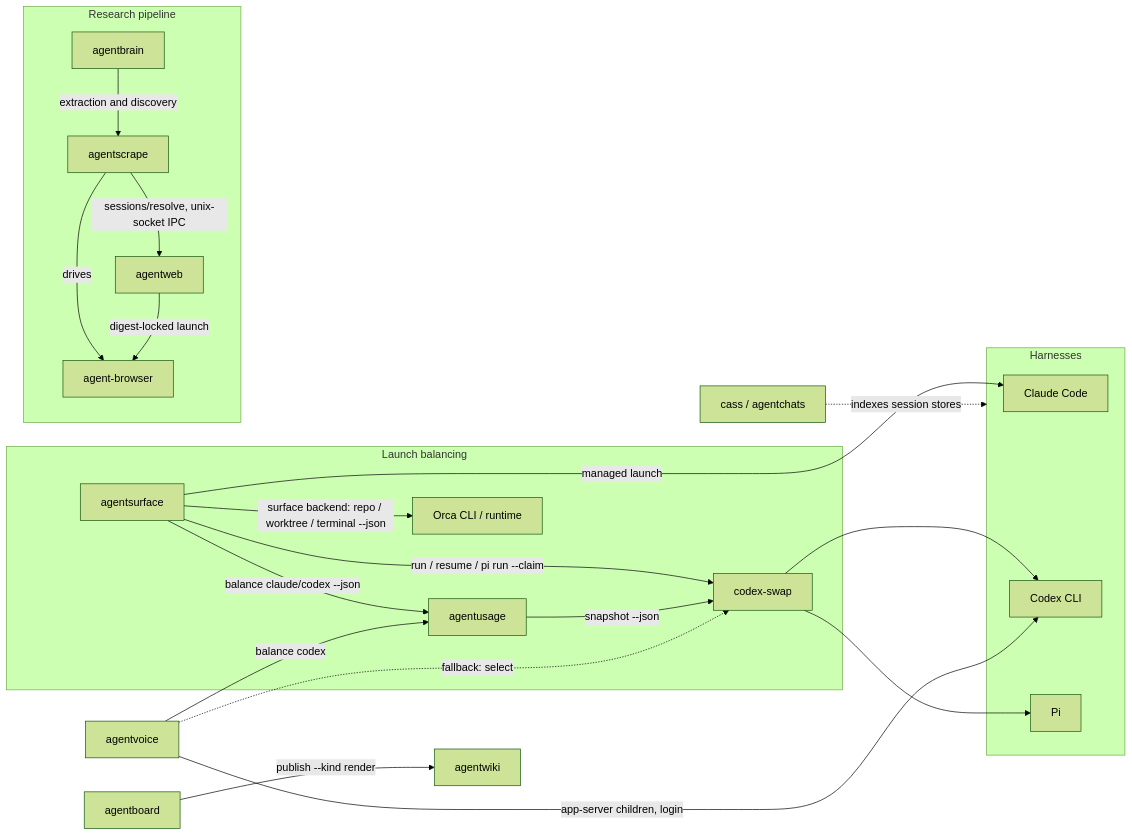
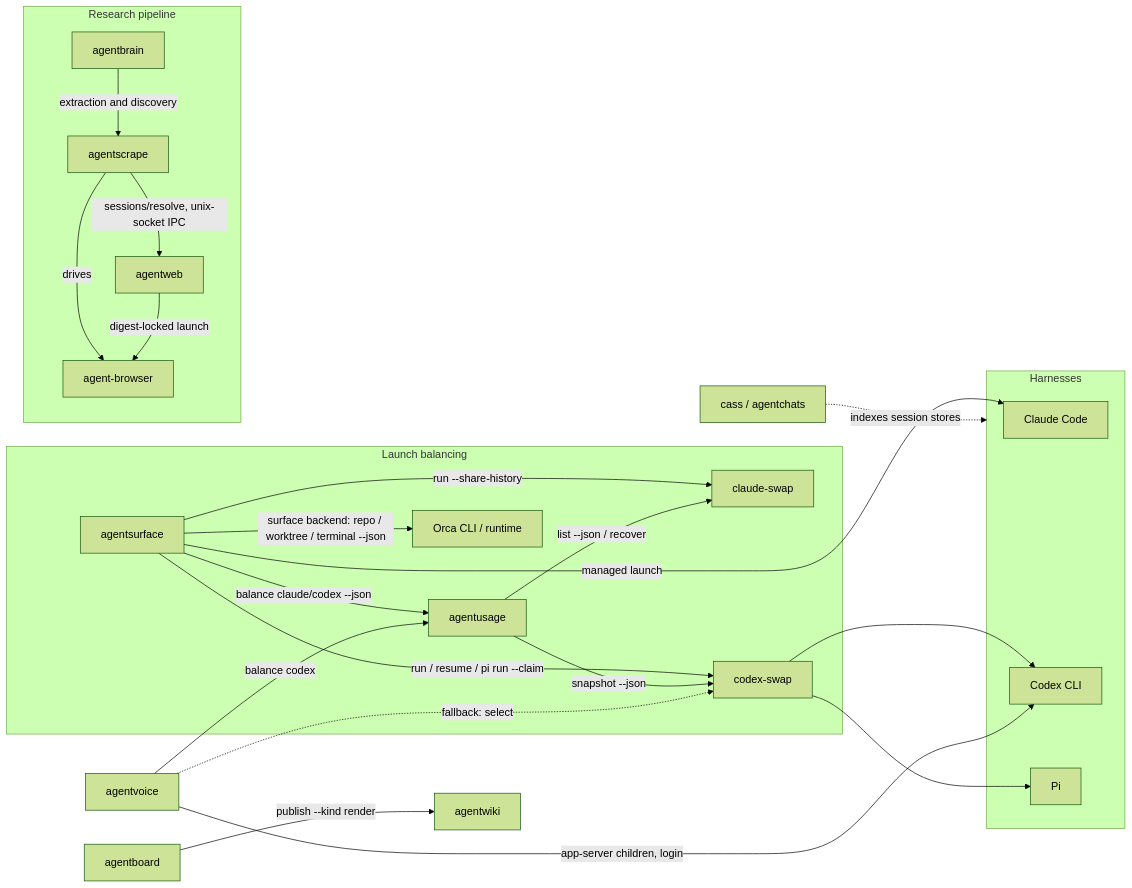
One commit to possibilities/agentdots changed the first of 3 diagrams in skills/fleet/MAP.md. Above: the diagram before and after it, drawn with Mermaid (forest theme). The commit also changed other lines of this file and 5 other files, not shown here.

````diff
--- a/skills/fleet/MAP.md
+++ b/skills/fleet/MAP.md
@@ -17,44 +17,47 @@
 ```mermaid
 flowchart LR
     subgraph harnesses [Harnesses]
         claude[Claude Code]
         codex[Codex CLI]
         pi[Pi]
     end
 
     subgraph balancing [Launch balancing]
         surface[agentsurface]
         usage[agentusage]
+        claudeSwap[claude-swap]
         swap[codex-swap]
         orca[Orca CLI / runtime]
     end
 
     subgraph research [Research pipeline]
         brain[agentbrain]
         scrape[agentscrape]
         web[agentweb]
         browser[agent-browser]
     end
 
     voice[agentvoice]
     board[agentboard]
     wiki[agentwiki]
     chats[cass / agentchats]
 
     surface -->|balance claude/codex --json| usage
+    surface -->|run --share-history| claudeSwap
     surface -->|run / resume / pi run --claim| swap
     surface -->|managed launch| claude
     surface -->|surface backend: repo / worktree / terminal --json| orca
     swap --> codex
     swap --> pi
     usage -->|snapshot --json| swap
+    usage -->|list --json / recover| claudeSwap
     voice -->|app-server children, login| codex
     voice -->|balance codex| usage
     voice -.->|fallback: select| swap
     brain -->|extraction and discovery| scrape
     scrape -->|drives| browser
     scrape -->|sessions/resolve, unix-socket IPC| web
     web -->|digest-locked launch| browser
     board -->|publish --kind render| wiki
     chats -.->|indexes session stores| harnesses
 ```
````
